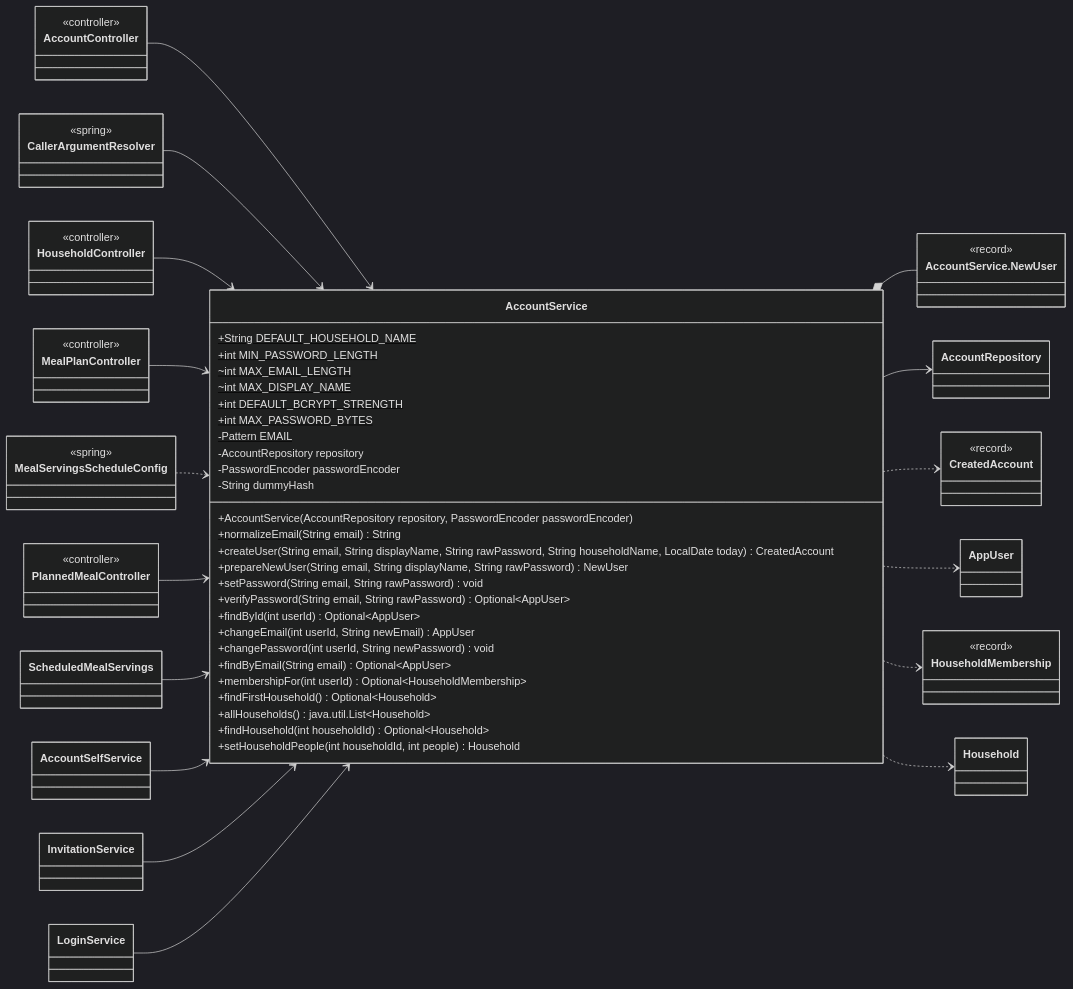
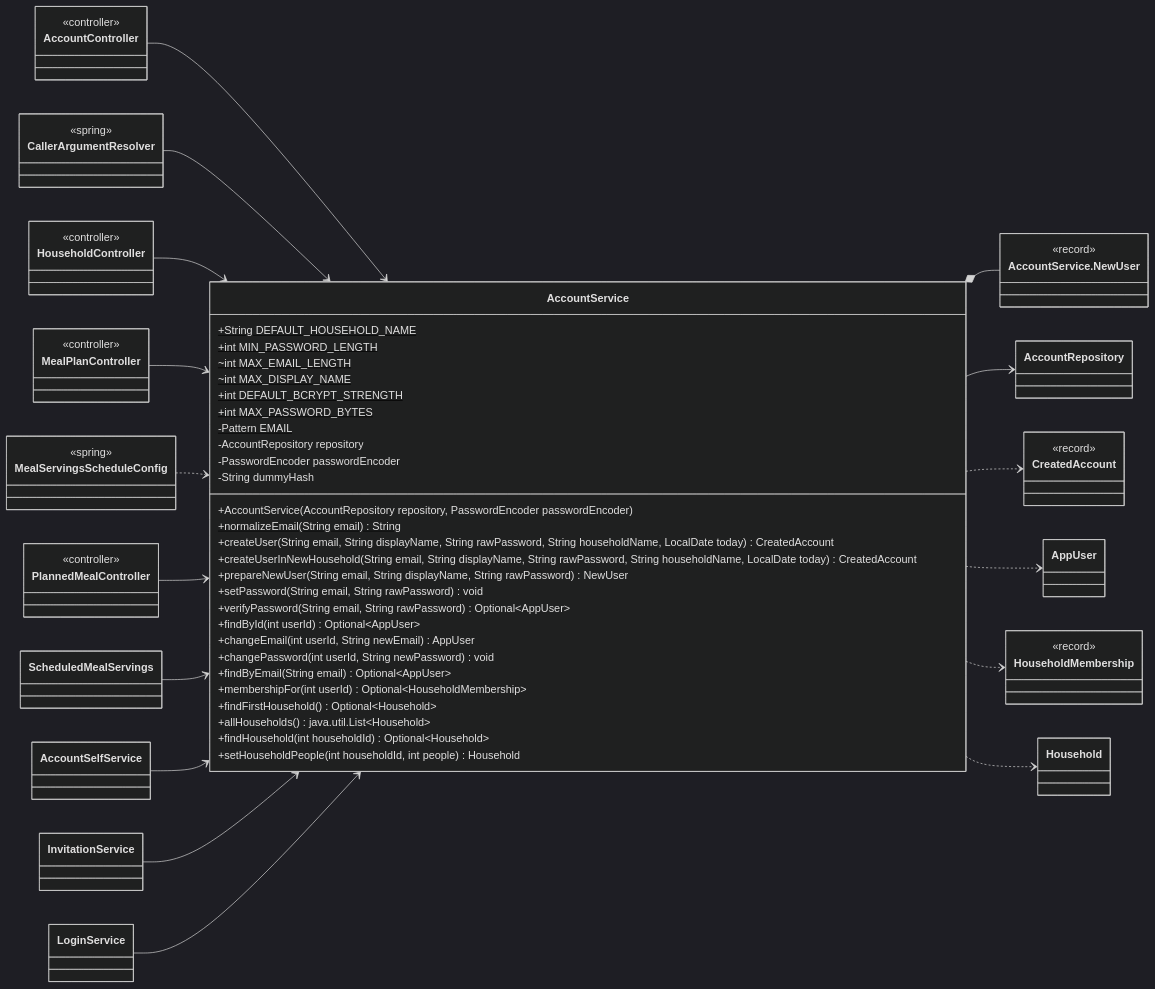
The fourth of 24 diagrams in docs/classes/auth.md (Nate-ryan-7690/dahaem), drawn with Mermaid (dark theme) before and after one commit. The commit also changed other lines of this file, not shown here.

```diff
--- a/docs/classes/auth.md
+++ b/docs/classes/auth.md
@@ -256,6 +256,7 @@
         +AccountService(AccountRepository repository, PasswordEncoder passwordEncoder)
         +normalizeEmail(String email) String$
         +createUser(String email, String displayName, String rawPassword, String householdName, LocalDate today) CreatedAccount
+        +createUserInNewHousehold(String email, String displayName, String rawPassword, String householdName, LocalDate today) CreatedAccount
         +prepareNewUser(String email, String displayName, String rawPassword) NewUser
         +setPassword(String email, String rawPassword) void
         -String dummyHash
```
